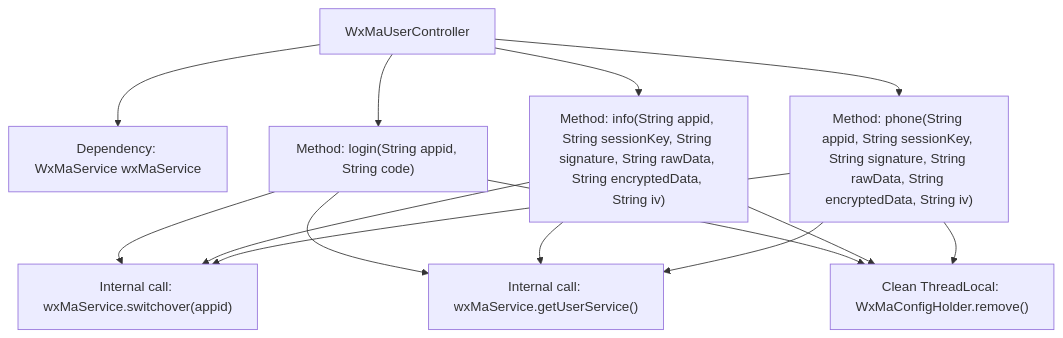
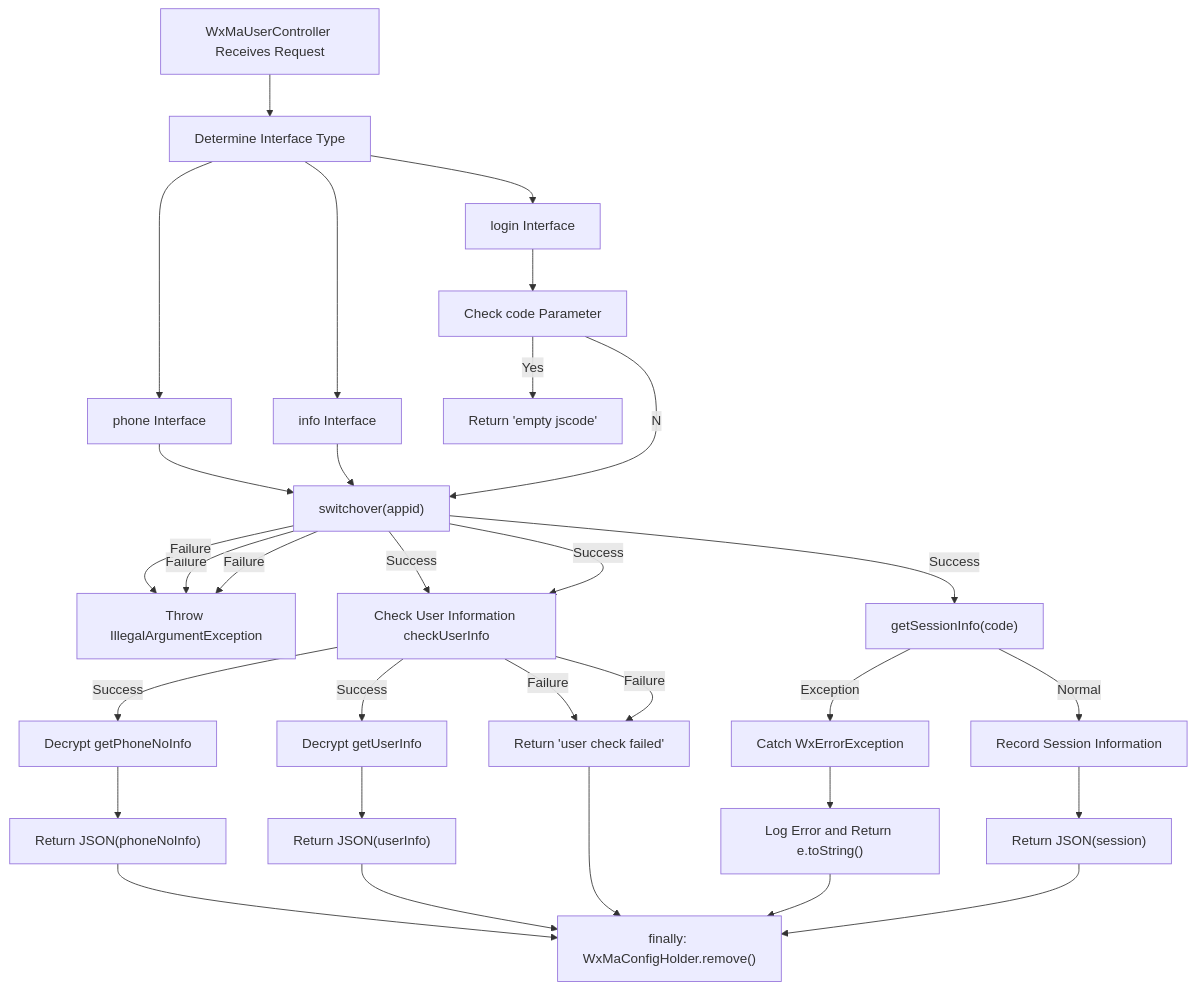
Before and after one commit to v-wjrong/imrrong_weixin-java-miniapp-demo: the second of 2 diagrams in docs/en/docs/src/main/java/com/github/binarywang/demo/wx/miniapp/controller/WxMaUserController.md, drawn with Mermaid. The commit also changed other lines of this file and 51 other files, not shown here.

````diff
--- a/docs/en/docs/src/main/java/com/github/binarywang/demo/wx/miniapp/controller/WxMaUserController.md
+++ b/docs/en/docs/src/main/java/com/github/binarywang/demo/wx/miniapp/controller/WxMaUserController.md
@@ -97,25 +98,59 @@
 ```mermaid
 graph TD
-    A["WxMaUserController"]
-    B["Dependency: WxMaService wxMaService"]
-    C["Method: login(String appid, String code)"]
-    D["Method: info(String appid, String sessionKey, String signature, String rawData, String encryptedData, String iv)"]
-    E["Method: phone(String appid, String sessionKey, String signature, String rawData, String encryptedData, String iv)"]
-    F["Internal call: wxMaService.switchover(appid)"]
-    G["Internal call: wxMaService.getUserService()"]
-    H["Clean ThreadLocal: WxMaConfigHolder.remove()"]
-
+    A["WxMaUserController Receives Request"]
+    B["Determine Interface Type"]
+    C["login Interface"]
+    D["info Interface"]
+    E["phone Interface"]
+    F["Check code Parameter"]
+    G["Return 'empty jscode'"]
+    H["switchover(appid)"]
+    I["Throw IllegalArgumentException"]
+    J["getSessionInfo(code)"]
+    K["Record Session Information"]
+    L["Return JSON(session)"]
+    M["Catch WxErrorException"]
+    N["Log Error and Return e.toString()"]
+    O["finally: WxMaConfigHolder.remove()"]
+    P["Check User Information checkUserInfo"]
+    Q["Return 'user check failed'"]
+    R["Decrypt getUserInfo"]
+    S["Return JSON(userInfo)"]
+    T["Decrypt getPhoneNoInfo"]
+    U["Return JSON(phoneNoInfo)"]
+    
     A --> B
-    A --> C
-    A --> D
-    A --> E
+    B --> C
+    B --> D
+    B --> E
+    
     C --> F
-    C --> G
-    C --> H
-    D --> F
-    D --> G
+    F --Yes--> G
+    F --No--> H
+    H --Failure--> I
+    H --Success--> J
+    J --Exception--> M
+    J --Normal--> K
+    K --> L
+    M --> N
+    L --> O
+    N --> O
+    
     D --> H
-    E --> F
-    E --> G
+    H --Failure--> I
+    H --Success--> P
+    P --Failure--> Q
+    P --Success--> R
+    R --> S
+    
     E --> H
+    H --Failure--> I
+    H --Success--> P
+    P --Failure--> Q
+    P --Success--> T
+    T --> U
+    
+    Q --> O
+    S --> O
+    U --> O
 ```
````
